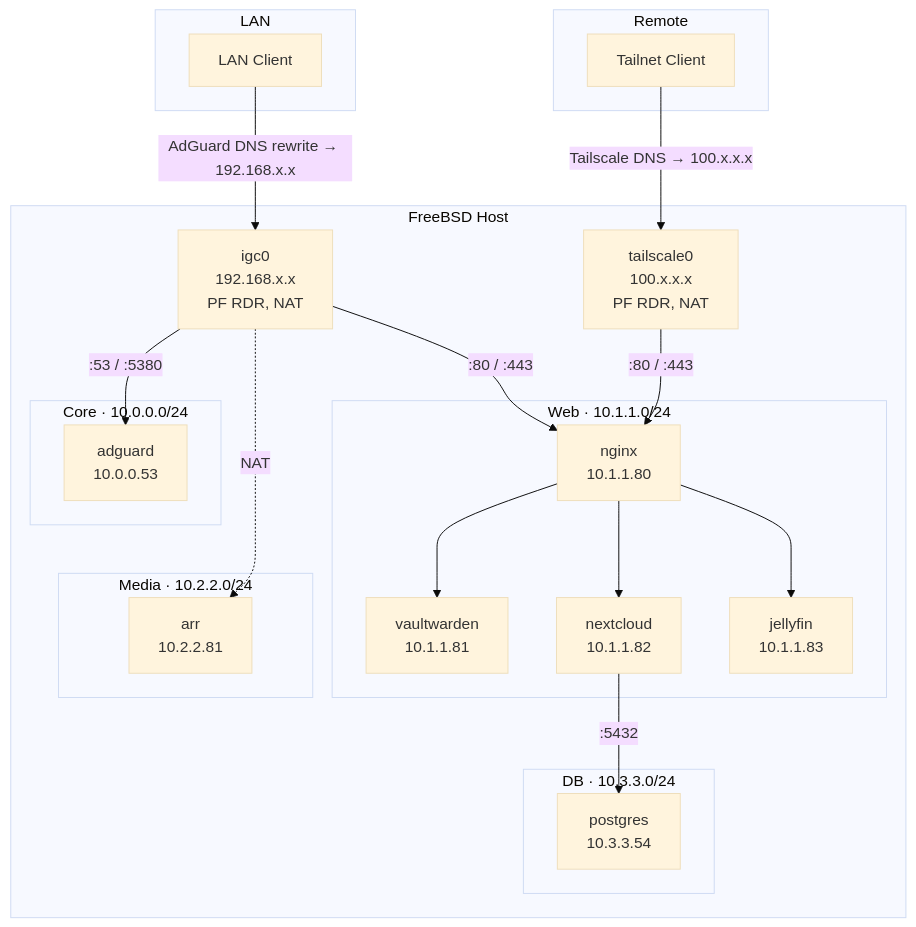
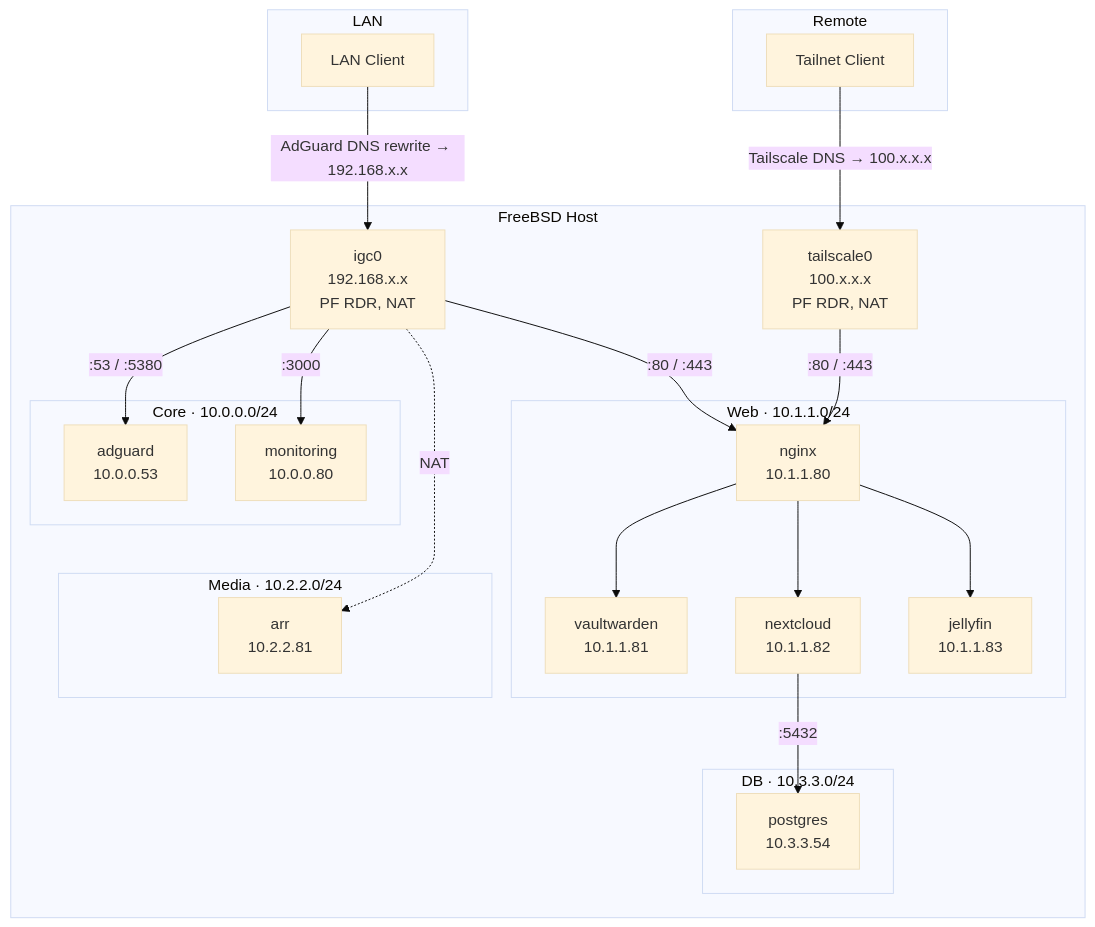
The diagram in README.md (falconakhil/Home-Lab), drawn with Mermaid (base theme) before and after one commit. The commit also changed other lines of this file, not shown here.

Commit message:
Add monitoring

````diff
--- a/README.md
+++ b/README.md
@@ -19,45 +19,47 @@
 ```mermaid
 flowchart TB
     subgraph Remote
         TailClient["Tailnet Client"]
     end
 
     subgraph LAN
         LanClient["LAN Client"]
     end
 
     subgraph Host["FreeBSD Host"]
         TS0["tailscale0<br/>100.x.x.x<br/>PF RDR, NAT"]
         IGC0["igc0<br/>192.168.x.x<br/>PF RDR, NAT"]
 
         subgraph Core["Core · 10.0.0.0/24"]
             ADG["adguard<br/>10.0.0.53"]
+            MON["monitoring<br/>10.0.0.80"]
         end
 
         subgraph Web["Web · 10.1.1.0/24"]
             Nginx["nginx<br/>10.1.1.80"]
             VW["vaultwarden<br/>10.1.1.81"]
             NC["nextcloud<br/>10.1.1.82"]
             JF["jellyfin<br/>10.1.1.83"]
         end
 
         subgraph Media["Media · 10.2.2.0/24"]
             ARR["arr<br/>10.2.2.81"]
         end
 
         subgraph DB["DB · 10.3.3.0/24"]
             PG["postgres<br/>10.3.3.54"]
         end
     end
 
     TailClient -->|"Tailscale DNS → 100.x.x.x"| TS0 -->|":80 / :443"| Nginx
     LanClient -->|"AdGuard DNS rewrite → 192.168.x.x"| IGC0
     IGC0 -->|":53 / :5380"| ADG
     IGC0 -->|":80 / :443"| Nginx
     Nginx --> VW
     Nginx --> NC
     Nginx --> JF
     NC -->|":5432"| PG
     IGC0 -.->|"NAT"| ARR
+    IGC0 -->|":3000"| MON
     ADG ~~~ ARR
 ```
````
